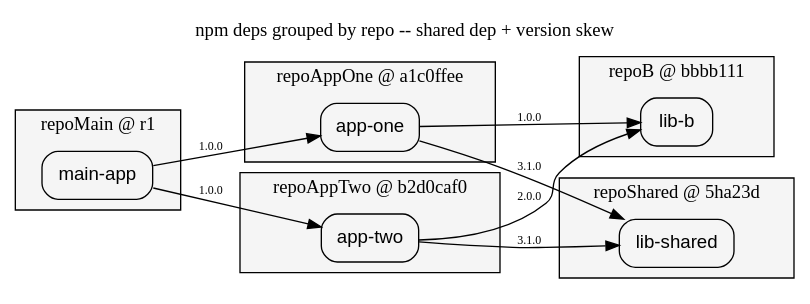
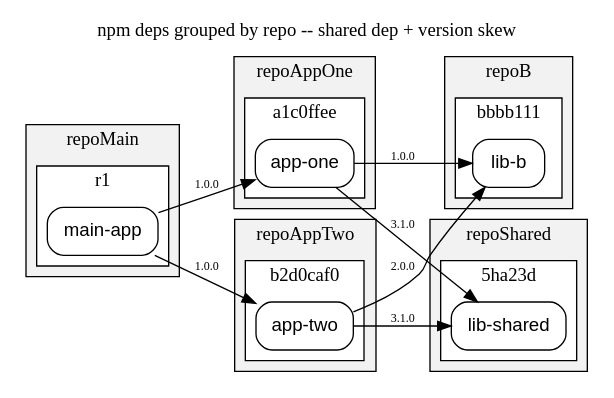
Before and after one commit to hafley66/sprefa: the diagram in v4/examples/npm-deps.dot, drawn with Graphviz. The commit also changed 4 other files, not shown here.

First line of the commit message:
fmt(examples): nest npm graph as repo-box > rev-box > package

```diff
--- a/v4/examples/npm-deps.dot
+++ b/v4/examples/npm-deps.dot
@@ -1,20 +1,20 @@
 digraph npm_deps {
   rankdir=LR
   compound=true
   labelloc=t
   label="npm deps grouped by repo -- shared dep + version skew"
   node [shape=box style=rounded fontname=Helvetica]
-  subgraph cluster_repoMain { label="repoMain @ r1"; style=filled; fillcolor=whitesmoke; "main-app" }
-  subgraph cluster_repoB { label="repoB @ bbbb111"; style=filled; fillcolor=whitesmoke; "lib-b" }
-  subgraph cluster_repoAppOne { label="repoAppOne @ a1c0ffee"; style=filled; fillcolor=whitesmoke; "app-one" }
-  subgraph cluster_repoAppTwo { label="repoAppTwo @ b2d0caf0"; style=filled; fillcolor=whitesmoke; "app-two" }
-  subgraph cluster_repoShared { label="repoShared @ 5ha23d"; style=filled; fillcolor=whitesmoke; "lib-shared" }
+  subgraph cluster_repoMain { label="repoMain"; style=filled; fillcolor=gray95; subgraph cluster_repoMain_r1 { label="r1"; style=filled; fillcolor=white; "main-app" } }
+  subgraph cluster_repoB { label="repoB"; style=filled; fillcolor=gray95; subgraph cluster_repoB_bbbb111 { label="bbbb111"; style=filled; fillcolor=white; "lib-b" } }
+  subgraph cluster_repoAppOne { label="repoAppOne"; style=filled; fillcolor=gray95; subgraph cluster_repoAppOne_a1c0ffee { label="a1c0ffee"; style=filled; fillcolor=white; "app-one" } }
+  subgraph cluster_repoAppTwo { label="repoAppTwo"; style=filled; fillcolor=gray95; subgraph cluster_repoAppTwo_b2d0caf0 { label="b2d0caf0"; style=filled; fillcolor=white; "app-two" } }
+  subgraph cluster_repoShared { label="repoShared"; style=filled; fillcolor=gray95; subgraph cluster_repoShared_5ha23d { label="5ha23d"; style=filled; fillcolor=white; "lib-shared" } }
 
   "main-app" -> "app-one" [label="1.0.0" fontsize=9]
   "main-app" -> "app-two" [label="1.0.0" fontsize=9]
   "app-one" -> "lib-shared" [label="3.1.0" fontsize=9]
   "app-one" -> "lib-b" [label="1.0.0" fontsize=9]
   "app-two" -> "lib-shared" [label="3.1.0" fontsize=9]
   "app-two" -> "lib-b" [label="2.0.0" fontsize=9]
 
 }
```
